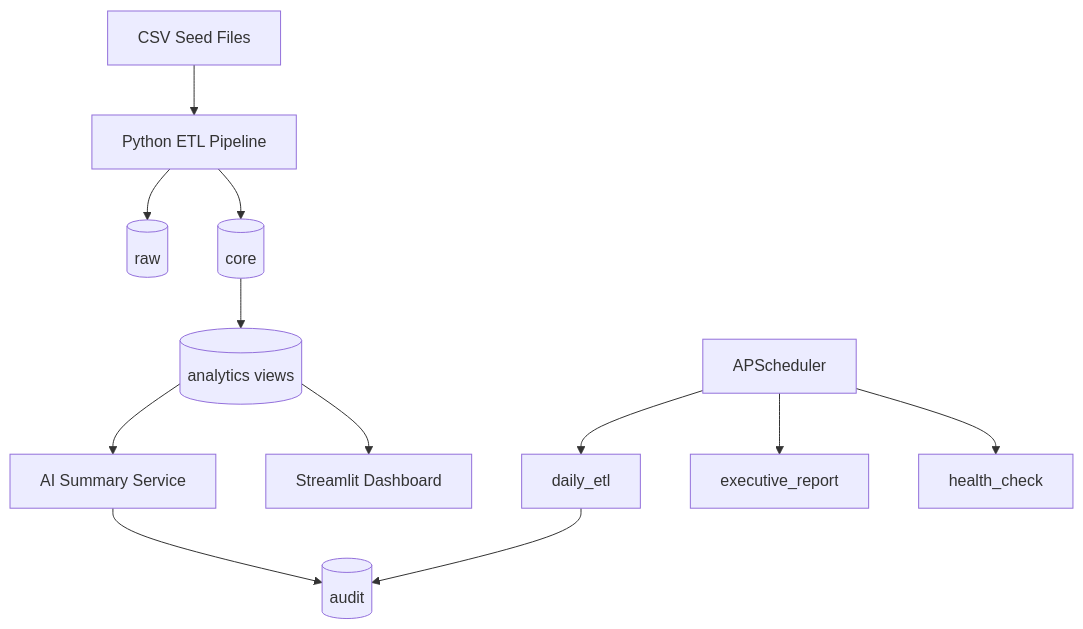
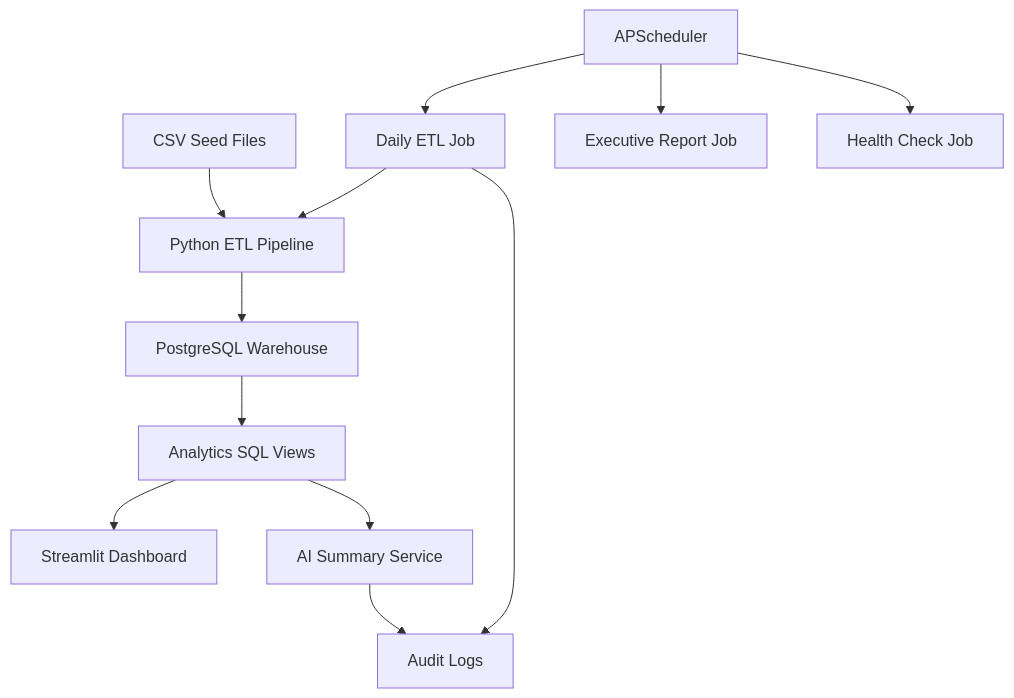
The diagram in README.md (akshaya-polepalli/retail-analytics-bi-platform), drawn with Mermaid before and after one commit. The commit also changed other lines of this file, not shown here.

Commit message:
Fix README architecture diagram rendering on GitHub.

````diff
--- a/README.md
+++ b/README.md
@@ -38,14 +51,14 @@
 ```mermaid
-flowchart TB
-    CSV[CSV Seed Files] --> ETL[Python ETL Pipeline]
-    ETL --> RAW[(raw)]
-    ETL --> CORE[(core)]
-    CORE --> VIEWS[(analytics views)]
-    SCHED[APScheduler] --> ETL_JOB[daily_etl]
-    SCHED --> RPT[executive_report]
-    SCHED --> HC[health_check]
-    VIEWS --> AI[AI Summary Service]
-    VIEWS --> DASH[Streamlit Dashboard]
-    AI --> AUDIT[(audit)]
-    ETL_JOB --> AUDIT
+flowchart TD
+    A[CSV Seed Files] --> B[Python ETL Pipeline]
+    B --> C[PostgreSQL Warehouse]
+    C --> D[Analytics SQL Views]
+    E[APScheduler] --> F[Daily ETL Job]
+    E --> G[Executive Report Job]
+    E --> H[Health Check Job]
+    F --> B
+    D --> I[Streamlit Dashboard]
+    D --> J[AI Summary Service]
+    J --> K[Audit Logs]
+    F --> K
 ```
````
